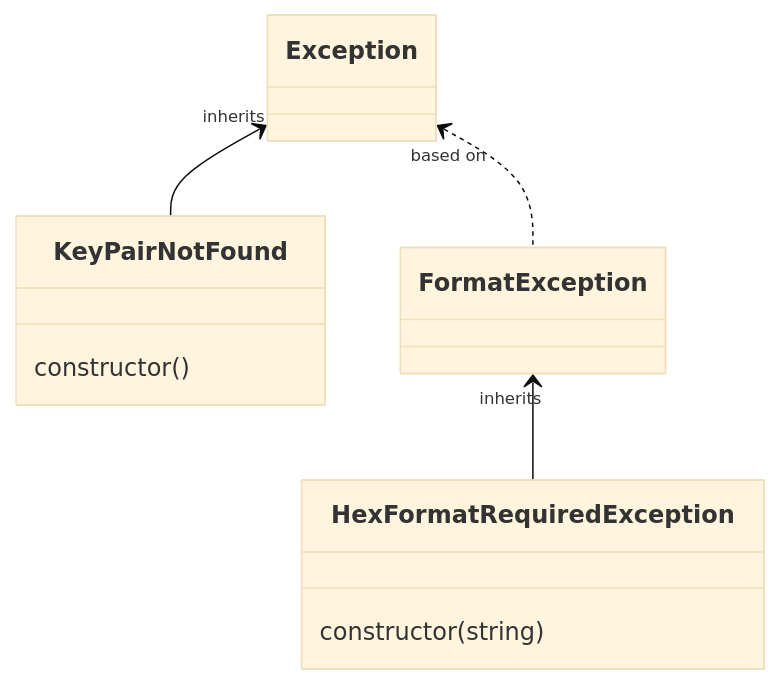
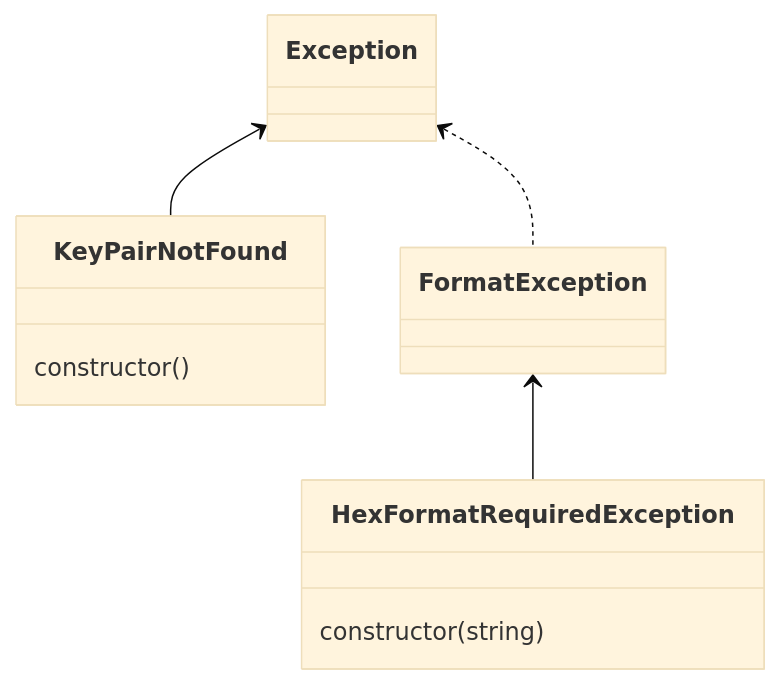
One commit to planet-nine-app/sessionless changed the fifth of 5 diagrams in src/csharp/README.md. Above: the diagram before and after it, drawn with Mermaid (base theme). The commit also changed other lines of this file, not shown here.

````diff
--- a/src/csharp/README.md
+++ b/src/csharp/README.md
@@ -85,12 +89,12 @@
 ```mermaid
 classDiagram
   class KeyPairNotFound {
     constructor()
   }
   class HexFormatRequiredException {
     constructor(string)
   }
-  Exception "inherits" <-- KeyPairNotFound
-  Exception "based on" <.. FormatException
-  FormatException "inherits" <-- HexFormatRequiredException
+  Exception <-- KeyPairNotFound
+  Exception <.. FormatException
+  FormatException <-- HexFormatRequiredException
 ```
````
